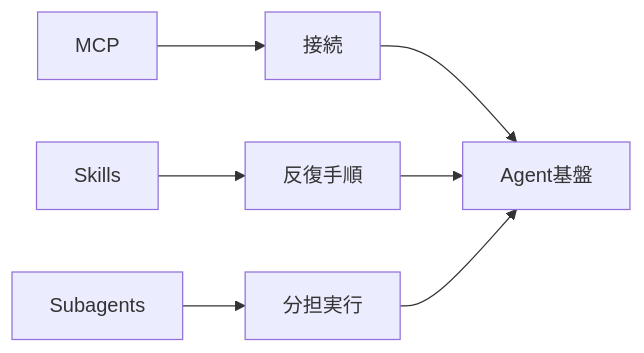
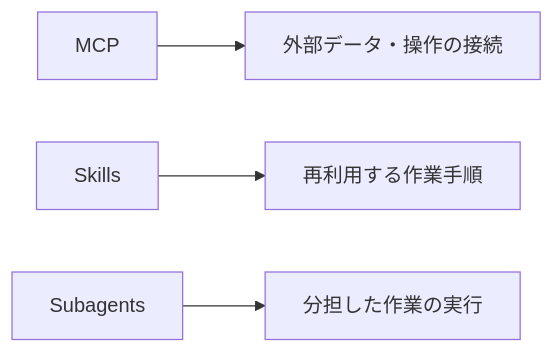
Diagram 11 of 13 in articles/report/ai-llm-ontology-memory/ja/index.mdx (daylight55/research), drawn with Mermaid before and after one commit. The commit also changed other lines of this file and 181 other files, not shown here.

First line of the commit message:
全記事の図解368点を再生成し、共通注意書きを削除 (#402)

````diff
--- a/articles/report/ai-llm-ontology-memory/ja/index.mdx
+++ b/articles/report/ai-llm-ontology-memory/ja/index.mdx
@@ -381,9 +446,14 @@
 ```mermaid
 flowchart LR
-  MCP["MCP"] --> Conn["接続"]
-  Skills["Skills"] --> Work["反復手順"]
-  Sub["Subagents"] --> Team["分担実行"]
-  Conn --> Platform["Agent基盤"]
-  Work --> Platform
-  Team --> Platform
+  accTitle: MCP・Skills・Subagentsの役割を分ける
+  accDescr: MCPは接続、Skillsは再利用する手順、Subagentsは作業分担を担う。いずれも承認や評価の代替にはならない。
+  N0["MCP"]
+  N1["外部データ・操作の接続"]
+  N2["Skills"]
+  N3["再利用する作業手順"]
+  N4["Subagents"]
+  N5["分担した作業の実行"]
+  N0 --> N1
+  N2 --> N3
+  N4 --> N5
 ```
````
